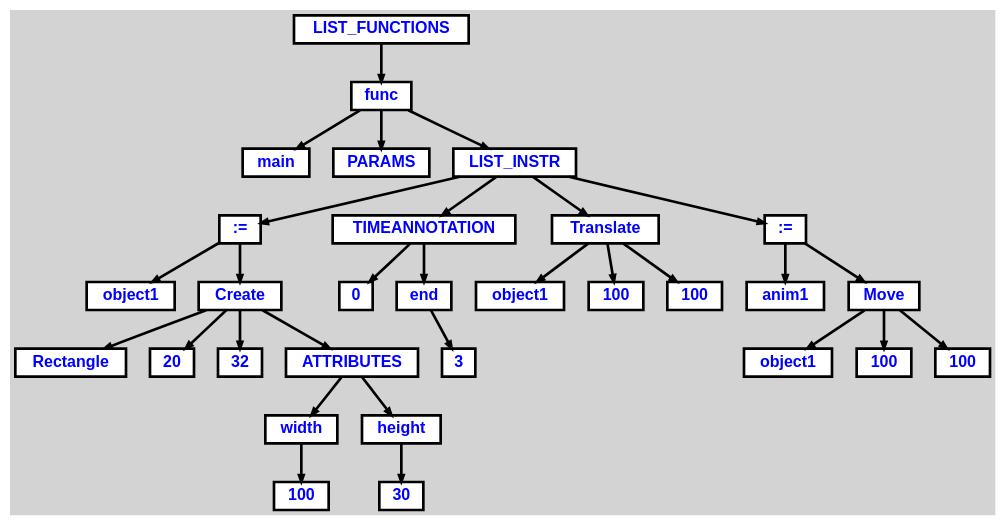
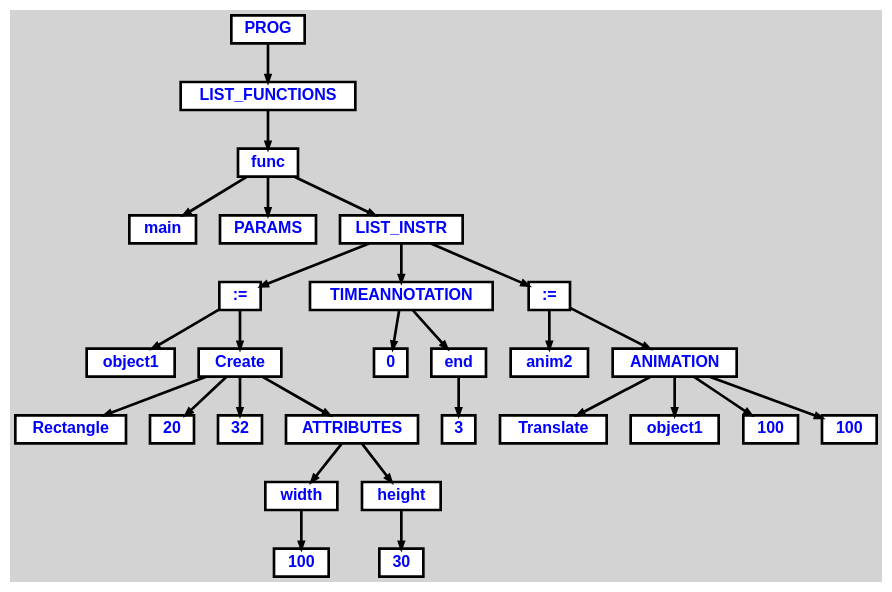
One commit to 5thingol/Practica-CL changed the diagram in examples/create.dot. Above: the diagram before and after it, drawn with Graphviz. The commit also changed 56 other files, not shown here.

```diff
--- a/examples/create.dot
+++ b/examples/create.dot
@@ -1,82 +1,78 @@
 digraph {
 
 	ordering=out;
 	ranksep=.4;
 	bgcolor="lightgrey"; node [shape=box, fixedsize=false, fontsize=12, fontname="Helvetica-bold", fontcolor="blue"
 		width=.25, height=.25, color="black", fillcolor="white", style="filled, solid, bold"];
 	edge [arrowsize=.5, color="black", style="bold"]
 
-  n0 [label="LIST_FUNCTIONS"];
-  n1 [label="func"];
-  n1 [label="func"];
-  n2 [label="main"];
-  n3 [label="PARAMS"];
-  n4 [label="LIST_INSTR"];
-  n4 [label="LIST_INSTR"];
-  n5 [label=":="];
-  n5 [label=":="];
-  n6 [label="object1"];
-  n7 [label="Create"];
-  n7 [label="Create"];
-  n8 [label="Rectangle"];
-  n9 [label="20"];
-  n10 [label="32"];
-  n11 [label="ATTRIBUTES"];
-  n11 [label="ATTRIBUTES"];
-  n12 [label="width"];
-  n12 [label="width"];
-  n13 [label="100"];
-  n14 [label="height"];
-  n14 [label="height"];
-  n15 [label="30"];
-  n16 [label="TIMEANNOTATION"];
-  n16 [label="TIMEANNOTATION"];
-  n17 [label="0"];
-  n18 [label="end"];
-  n18 [label="end"];
-  n19 [label="3"];
-  n20 [label="Translate"];
-  n20 [label="Translate"];
-  n21 [label="object1"];
-  n22 [label="100"];
-  n23 [label="100"];
-  n24 [label=":="];
-  n24 [label=":="];
-  n25 [label="anim1"];
-  n26 [label="Move"];
-  n26 [label="Move"];
-  n27 [label="object1"];
-  n28 [label="100"];
-  n29 [label="100"];
+  n0 [label="PROG"];
+  n1 [label="LIST_FUNCTIONS"];
+  n1 [label="LIST_FUNCTIONS"];
+  n2 [label="func"];
+  n2 [label="func"];
+  n3 [label="main"];
+  n4 [label="PARAMS"];
+  n5 [label="LIST_INSTR"];
+  n5 [label="LIST_INSTR"];
+  n6 [label=":="];
+  n6 [label=":="];
+  n7 [label="object1"];
+  n8 [label="Create"];
+  n8 [label="Create"];
+  n9 [label="Rectangle"];
+  n10 [label="20"];
+  n11 [label="32"];
+  n12 [label="ATTRIBUTES"];
+  n12 [label="ATTRIBUTES"];
+  n13 [label="width"];
+  n13 [label="width"];
+  n14 [label="100"];
+  n15 [label="height"];
+  n15 [label="height"];
+  n16 [label="30"];
+  n17 [label="TIMEANNOTATION"];
+  n17 [label="TIMEANNOTATION"];
+  n18 [label="0"];
+  n19 [label="end"];
+  n19 [label="end"];
+  n20 [label="3"];
+  n21 [label=":="];
+  n21 [label=":="];
+  n22 [label="anim2"];
+  n23 [label="ANIMATION"];
+  n23 [label="ANIMATION"];
+  n24 [label="Translate"];
+  n25 [label="object1"];
+  n26 [label="100"];
+  n27 [label="100"];
 
-  n0 -> n1 // "LIST_FUNCTIONS" -> "func"
-  n1 -> n2 // "func" -> "main"
-  n1 -> n3 // "func" -> "PARAMS"
-  n1 -> n4 // "func" -> "LIST_INSTR"
-  n4 -> n5 // "LIST_INSTR" -> ":="
-  n5 -> n6 // ":=" -> "object1"
-  n5 -> n7 // ":=" -> "Create"
-  n7 -> n8 // "Create" -> "Rectangle"
-  n7 -> n9 // "Create" -> "20"
-  n7 -> n10 // "Create" -> "32"
-  n7 -> n11 // "Create" -> "ATTRIBUTES"
-  n11 -> n12 // "ATTRIBUTES" -> "width"
-  n12 -> n13 // "width" -> "100"
-  n11 -> n14 // "ATTRIBUTES" -> "height"
-  n14 -> n15 // "height" -> "30"
-  n4 -> n16 // "LIST_INSTR" -> "TIMEANNOTATION"
-  n16 -> n17 // "TIMEANNOTATION" -> "0"
-  n16 -> n18 // "TIMEANNOTATION" -> "end"
-  n18 -> n19 // "end" -> "3"
-  n4 -> n20 // "LIST_INSTR" -> "Translate"
-  n20 -> n21 // "Translate" -> "object1"
-  n20 -> n22 // "Translate" -> "100"
-  n20 -> n23 // "Translate" -> "100"
-  n4 -> n24 // "LIST_INSTR" -> ":="
-  n24 -> n25 // ":=" -> "anim1"
-  n24 -> n26 // ":=" -> "Move"
-  n26 -> n27 // "Move" -> "object1"
-  n26 -> n28 // "Move" -> "100"
-  n26 -> n29 // "Move" -> "100"
+  n0 -> n1 // "PROG" -> "LIST_FUNCTIONS"
+  n1 -> n2 // "LIST_FUNCTIONS" -> "func"
+  n2 -> n3 // "func" -> "main"
+  n2 -> n4 // "func" -> "PARAMS"
+  n2 -> n5 // "func" -> "LIST_INSTR"
+  n5 -> n6 // "LIST_INSTR" -> ":="
+  n6 -> n7 // ":=" -> "object1"
+  n6 -> n8 // ":=" -> "Create"
+  n8 -> n9 // "Create" -> "Rectangle"
+  n8 -> n10 // "Create" -> "20"
+  n8 -> n11 // "Create" -> "32"
+  n8 -> n12 // "Create" -> "ATTRIBUTES"
+  n12 -> n13 // "ATTRIBUTES" -> "width"
+  n13 -> n14 // "width" -> "100"
+  n12 -> n15 // "ATTRIBUTES" -> "height"
+  n15 -> n16 // "height" -> "30"
+  n5 -> n17 // "LIST_INSTR" -> "TIMEANNOTATION"
+  n17 -> n18 // "TIMEANNOTATION" -> "0"
+  n17 -> n19 // "TIMEANNOTATION" -> "end"
+  n19 -> n20 // "end" -> "3"
+  n5 -> n21 // "LIST_INSTR" -> ":="
+  n21 -> n22 // ":=" -> "anim2"
+  n21 -> n23 // ":=" -> "ANIMATION"
+  n23 -> n24 // "ANIMATION" -> "Translate"
+  n23 -> n25 // "ANIMATION" -> "object1"
+  n23 -> n26 // "ANIMATION" -> "100"
+  n23 -> n27 // "ANIMATION" -> "100"
 
 }
```
